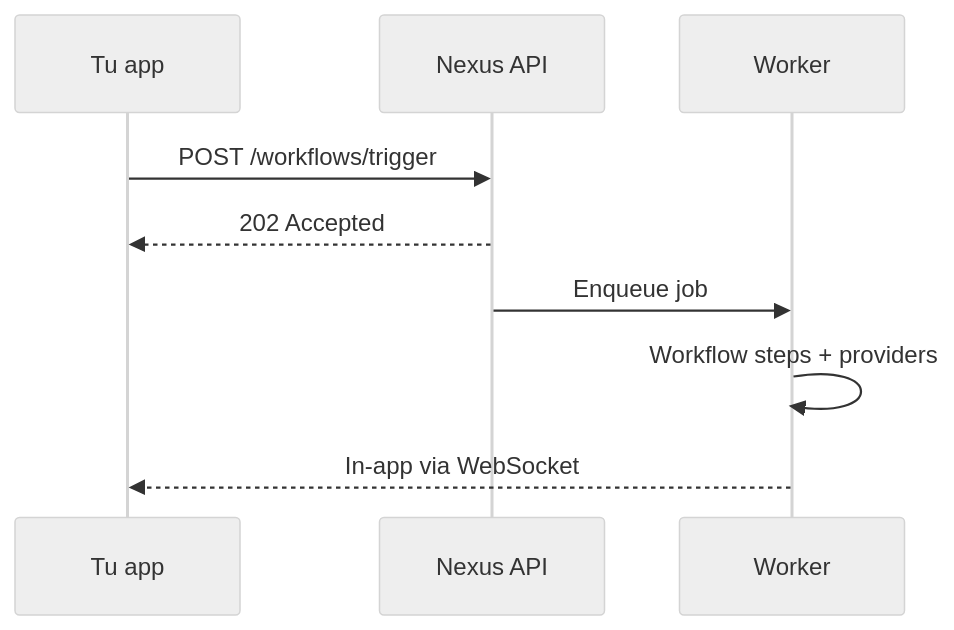
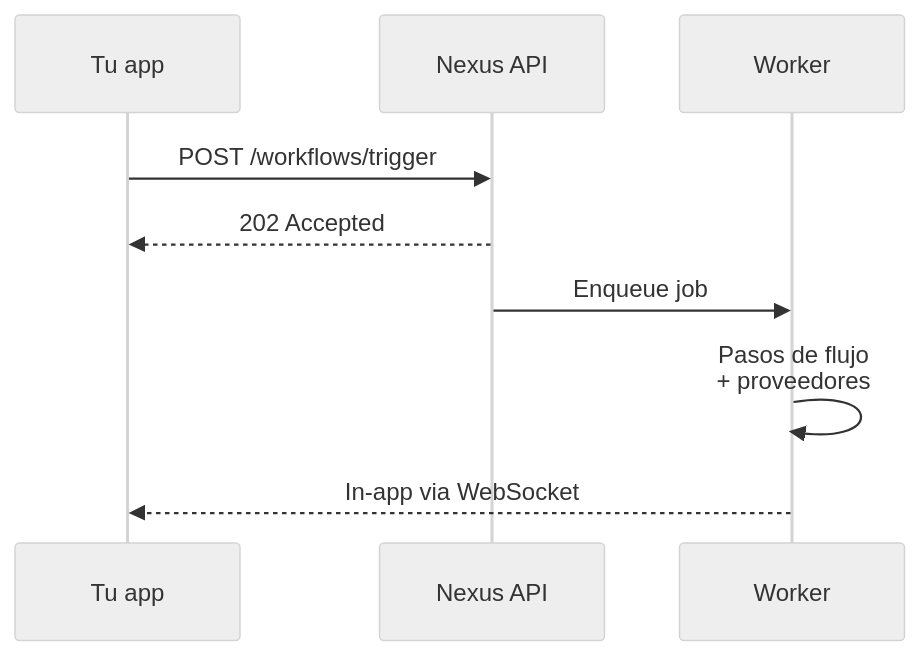
The diagram in content/docs/es/platform/getting-started/index.mdx (KriyanshKhunt/nexus_docs), drawn with Mermaid (neutral theme) before and after one commit. The commit also changed other lines of this file and 10 other files, not shown here.

Commit message:
Fix graph UI

````diff
--- a/content/docs/es/platform/getting-started/index.mdx
+++ b/content/docs/es/platform/getting-started/index.mdx
@@ -22,12 +34,12 @@
 ```mermaid
 sequenceDiagram
   participant App as Tu app
   participant API as Nexus API
   participant W as Worker
 
   App->>API: POST /workflows/trigger
   API-->>App: 202 Accepted
   API->>W: Enqueue job
-  W->>W: Workflow steps + providers
+  W->>W: Pasos de flujo<br/>+ proveedores
   W-->>App: In-app via WebSocket
 ```
````
